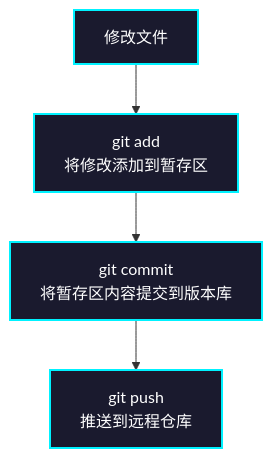
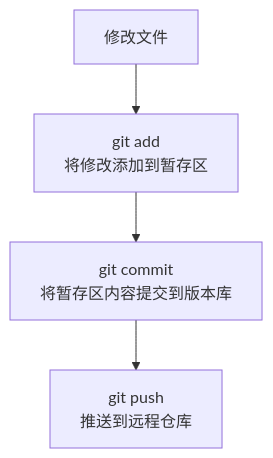
Before and after one commit to The-time-forever/The-time-forever.github.io: the tenth of 23 diagrams in _posts/2026-03-02-git完全指南.md, drawn with Mermaid. The commit also changed other lines of this file, not shown here.

Commit message:
移除 Git 完全指南中 mermaid 图表的样式设置，简化代码

````diff
--- a/_posts/2026-03-02-git完全指南.md
+++ b/_posts/2026-03-02-git完全指南.md
@@ -246,11 +227,6 @@
 ```mermaid
 flowchart TD
     A[修改文件] --> B[git add<br/>将修改添加到暂存区]
     B --> C[git commit<br/>将暂存区内容提交到版本库]
     C --> D[git push<br/>推送到远程仓库]
-
-    style A fill:#1a1a2e,stroke:#00f2ff,stroke-width:2px,color:#fff
-    style B fill:#1a1a2e,stroke:#00f2ff,stroke-width:2px,color:#fff
-    style C fill:#1a1a2e,stroke:#00f2ff,stroke-width:2px,color:#fff
-    style D fill:#1a1a2e,stroke:#00f2ff,stroke-width:2px,color:#fff
 ```
````
